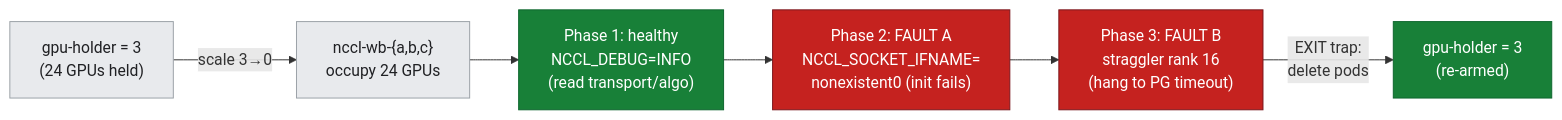
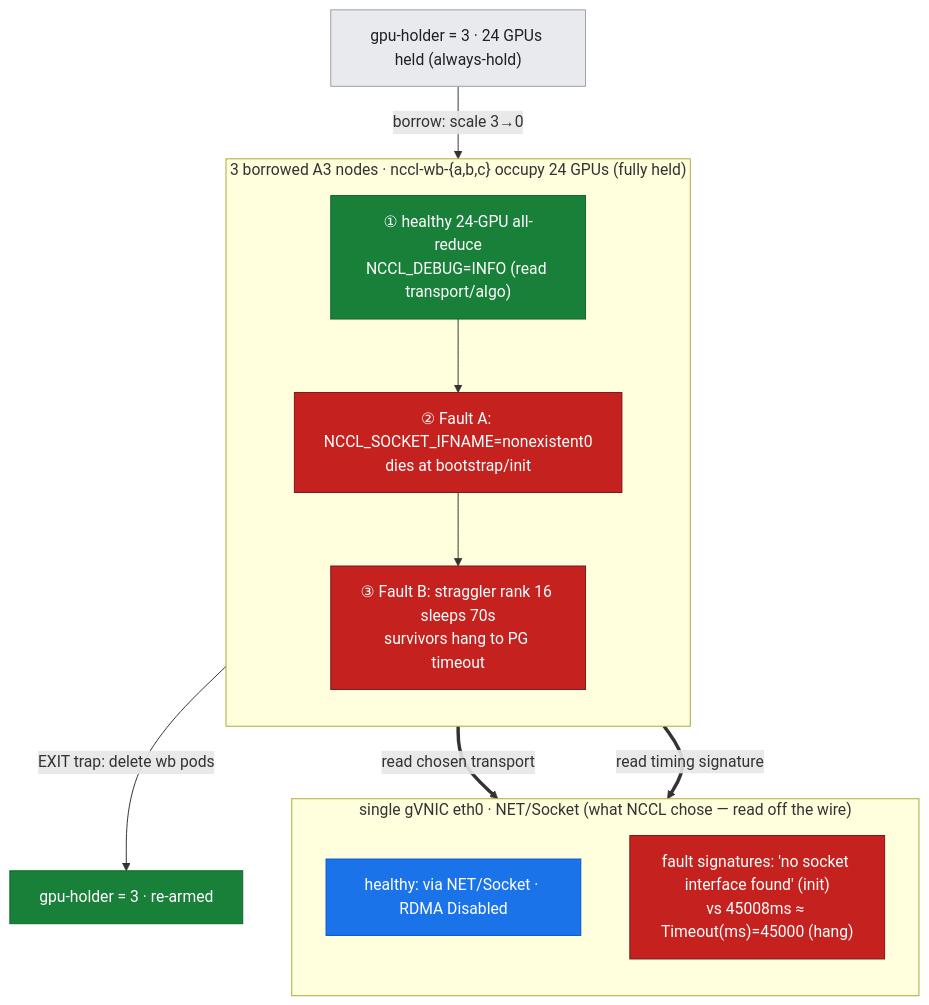
Before and after one commit to elideng-sg/hypercomputer-internode-deepdive: the second of 4 diagrams in labs/lab-15-internode-comms-debug/README.md, drawn with Mermaid. The commit also changed other lines of this file and 19 other files, not shown here.

First line of the commit message:
Diagrams: env-overview + combined step-flow across all 20 remaining labs

````diff
--- a/labs/lab-15-internode-comms-debug/README.md
+++ b/labs/lab-15-internode-comms-debug/README.md
@@ -39,13 +69,24 @@
 ```mermaid
-flowchart LR
-  H0["gpu-holder = 3<br/>(24 GPUs held)"] -->|"scale 3→0"| W["nccl-wb-{a,b,c}<br/>occupy 24 GPUs"]
-  W --> P1["Phase 1: healthy<br/>NCCL_DEBUG=INFO<br/>(read transport/algo)"]
-  P1 --> P2["Phase 2: FAULT A<br/>NCCL_SOCKET_IFNAME=<br/>nonexistent0 (init fails)"]
-  P2 --> P3["Phase 3: FAULT B<br/>straggler rank 16<br/>(hang to PG timeout)"]
-  P3 -->|"EXIT trap:<br/>delete pods"| R["gpu-holder = 3<br/>(re-armed)"]
+flowchart TB
+  H0["gpu-holder = 3 · 24 GPUs held (always-hold)"] -->|"borrow: scale 3→0"| S1
+  subgraph POOL["3 borrowed A3 nodes · nccl-wb-{a,b,c} occupy 24 GPUs (fully held)"]
+    direction TB
+    S1["① healthy 24-GPU all-reduce<br/>NCCL_DEBUG=INFO (read transport/algo)"]
+    S2["② Fault A: NCCL_SOCKET_IFNAME=nonexistent0<br/>dies at bootstrap/init"]
+    S3["③ Fault B: straggler rank 16 sleeps 70s<br/>survivors hang to PG timeout"]
+    S1 --> S2 --> S3
+  end
+  subgraph FABZ["single gVNIC eth0 · NET/Socket (what NCCL chose — read off the wire)"]
+    direction TB
+    T["healthy: via NET/Socket · RDMA Disabled"]
+    F["fault signatures: 'no socket interface found' (init)<br/>vs 45008ms ≈ Timeout(ms)=45000 (hang)"]
+  end
+  S1 ==>|"read chosen transport"| T
+  S3 ==>|"read timing signature"| F
+  S3 -->|"EXIT trap: delete wb pods"| R["gpu-holder = 3 · re-armed"]
+  classDef meas fill:#1a73e8,stroke:#0b57d0,color:#ffffff;
   classDef ctx fill:#e8eaed,stroke:#9aa0a6,color:#202124;
-  classDef meas fill:#1a73e8,stroke:#0b57d0,color:#ffffff;
+  classDef good fill:#188038,stroke:#0d652d,color:#ffffff;
   classDef crit fill:#c5221f,stroke:#7a161c,color:#ffffff;
-  classDef good fill:#188038,stroke:#0d652d,color:#ffffff;
-  class H0,W ctx; class P1 good; class P2,P3 crit; class R good;
+  class H0 ctx; class S1 good; class S2,S3 crit; class T meas; class F crit; class R good;
 ```
````
